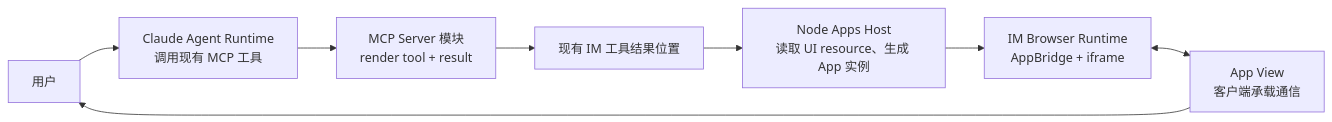
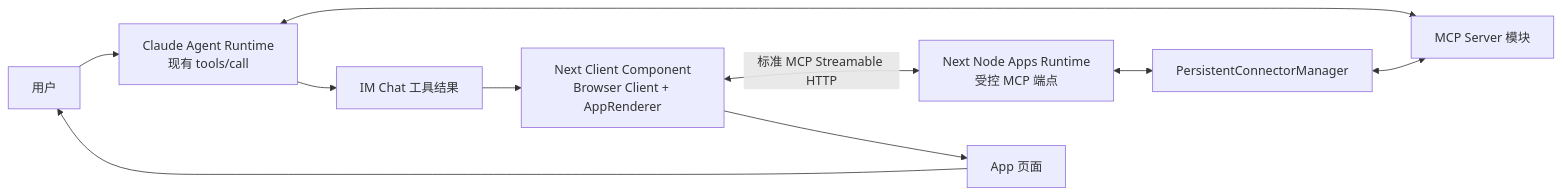
Before and after one commit to glide-the/im-dream: the first of 3 diagrams in docs/design/claude-agent/mcp-apps-integration-strategy.md, drawn with Mermaid. The commit also changed other lines of this file and 7 other files, not shown here.

Commit message:
docs: converge MCP Apps host design

````diff
--- a/docs/design/claude-agent/mcp-apps-integration-strategy.md
+++ b/docs/design/claude-agent/mcp-apps-integration-strategy.md
@@ -72,10 +65,12 @@
 ```mermaid
 flowchart LR
-    U["用户"] --> A["Claude Agent Runtime<br/>调用现有 MCP 工具"]
-    A --> S["MCP Server 模块<br/>render tool + result"]
-    S --> B["现有 IM 工具结果位置"]
-    B --> N["Node Apps Host<br/>读取 UI resource、生成 App 实例"]
-    N --> B2["IM Browser Runtime<br/>AppBridge + iframe"]
-    B2 <--> V["App View<br/>客户端承载通信"]
+    U["用户"] --> A["Claude Agent Runtime<br/>现有 tools/call"]
+    A <--> S["MCP Server 模块"]
+    A --> R["IM Chat 工具结果"]
+    R --> AR["Next Client Component<br/>Browser Client + AppRenderer"]
+    AR <-->|"标准 MCP Streamable HTTP"| N["Next Node Apps Runtime<br/>受控 MCP 端点"]
+    N <--> C["PersistentConnectorManager"]
+    C <--> S
+    AR --> V["App 页面"]
     V --> U
 ```
````
